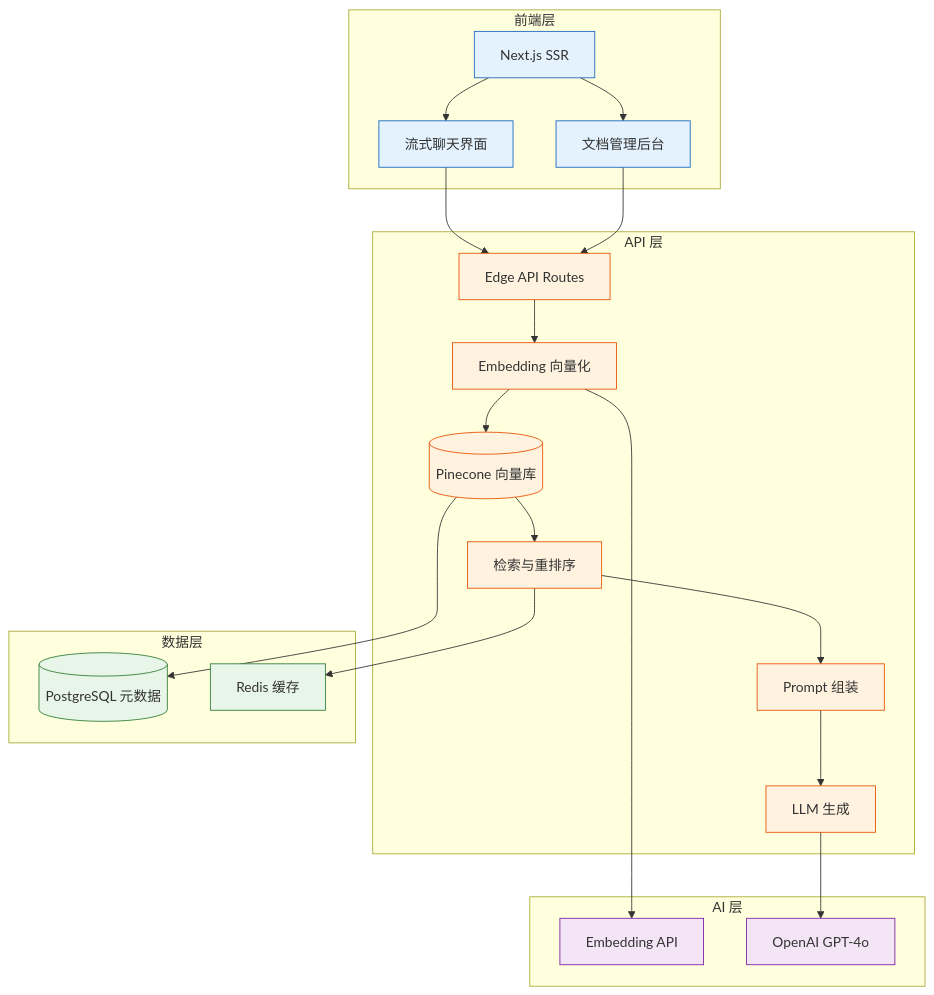
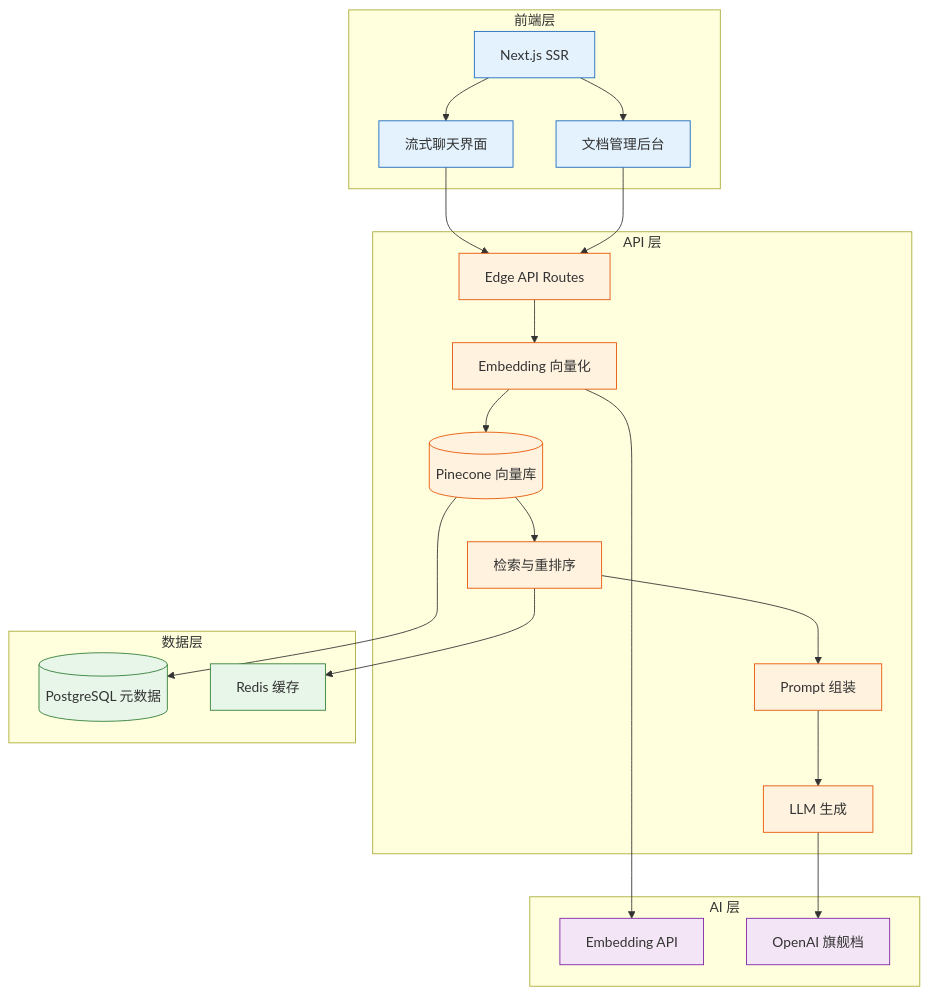
One commit to KMaybe01/interview-demo changed the second of 10 diagrams in docs/S5-AI/01-实战篇/08-开发实战与架构指南.md. Above: the diagram before and after it, drawn with Mermaid. The commit also changed other lines of this file and 27 other files, not shown here.

````diff
--- a/docs/S5-AI/01-实战篇/08-开发实战与架构指南.md
+++ b/docs/S5-AI/01-实战篇/08-开发实战与架构指南.md
@@ -742,36 +745,36 @@
 ```mermaid
 graph TB
     subgraph Frontend["前端层"]
         A[Next.js SSR] --> B[流式聊天界面]
         A --> C[文档管理后台]
     end
     
     subgraph APILayer["API 层"]
         B --> D[Edge API Routes]
         C --> D
         D --> E[Embedding 向量化]
         E --> F[(Pinecone 向量库)]
         F --> G[检索与重排序]
         G --> H[Prompt 组装]
         H --> I[LLM 生成]
     end
     
     subgraph DataLayer["数据层"]
         F --> J[(PostgreSQL 元数据)]
         G --> K[Redis 缓存]
     end
     
     subgraph AILayer["AI 层"]
         E --> L[Embedding API]
-        I --> M[OpenAI GPT-4o]
+        I --> M[OpenAI 旗舰档]
     end
     
     classDef frontend fill:#e3f2fd,stroke:#1565c0;
     classDef api fill:#fff3e0,stroke:#e65100;
     classDef data fill:#e8f5e9,stroke:#2e7d32;
     classDef ai fill:#f3e5f5,stroke:#7b1fa2;
     class A,B,C frontend;
     class D,E,F,G,H,I api;
     class J,K data;
     class L,M ai;
 ```
````
